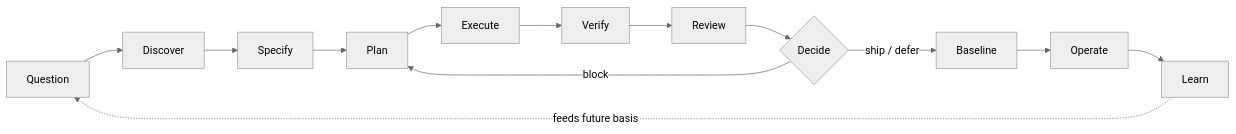
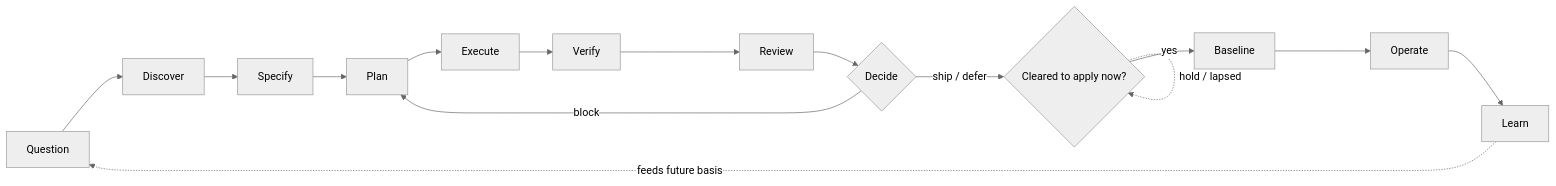
Before and after one commit to FlyFission/nuclear-grade-context-engineering: the first of 9 diagrams in docs/diagrams.md, drawn with Mermaid (neutral theme). The commit also changed other lines of this file and 5 other files, not shown here.

First line of the commit message:
Separate "verified" from "cleared to apply" in the state model (#55)

````diff
--- a/docs/diagrams.md
+++ b/docs/diagrams.md
@@ -13,9 +13,11 @@
 ```mermaid
 flowchart LR
     Q[Question] --> D[Discover] --> S[Specify] --> P[Plan]
     P --> E[Execute] --> V[Verify] --> R[Review]
     R --> Dec{Decide}
-    Dec -->|ship / defer| B[Baseline] --> O[Operate] --> L[Learn]
+    Dec -->|ship / defer| Clr{Cleared to apply now?}
+    Clr -->|yes| B[Baseline] --> O[Operate] --> L[Learn]
+    Clr -.->|hold / lapsed| Clr
     Dec -->|block| P
     L -.feeds future basis.-> Q
 ```
````
